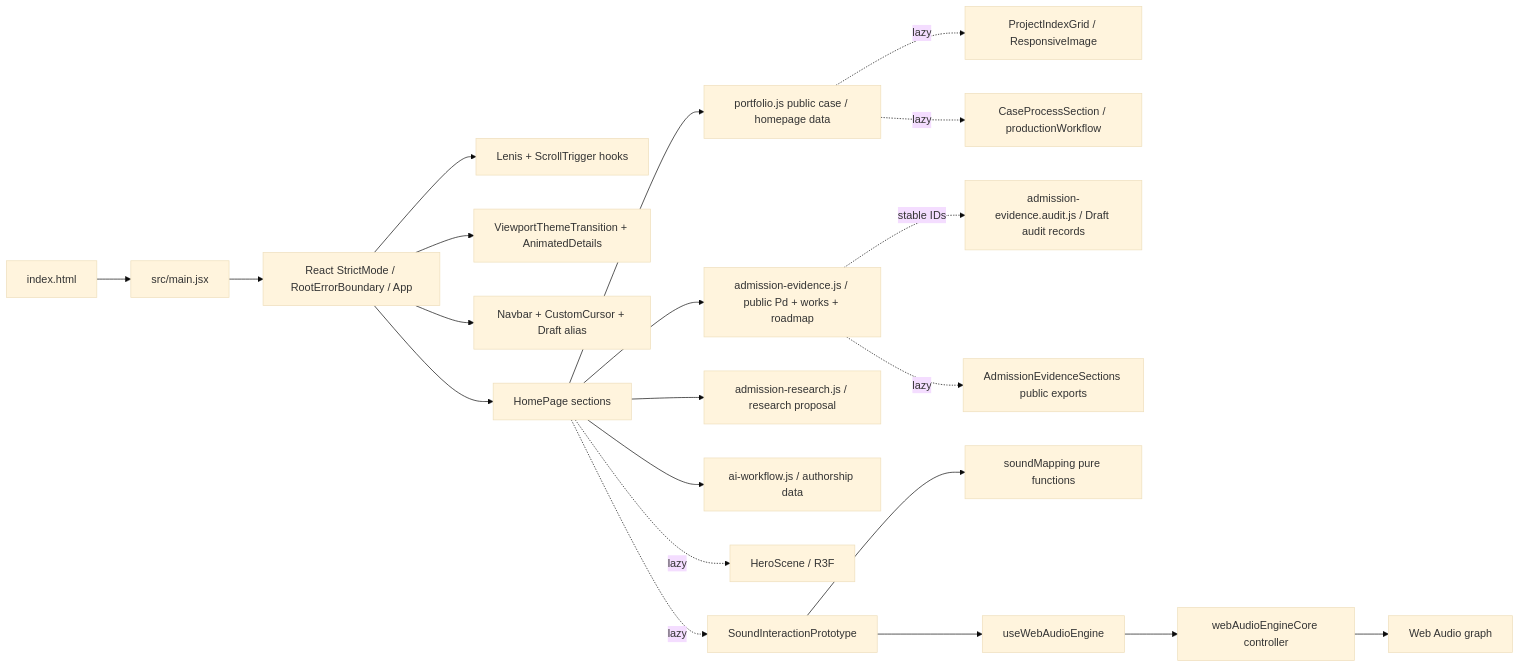
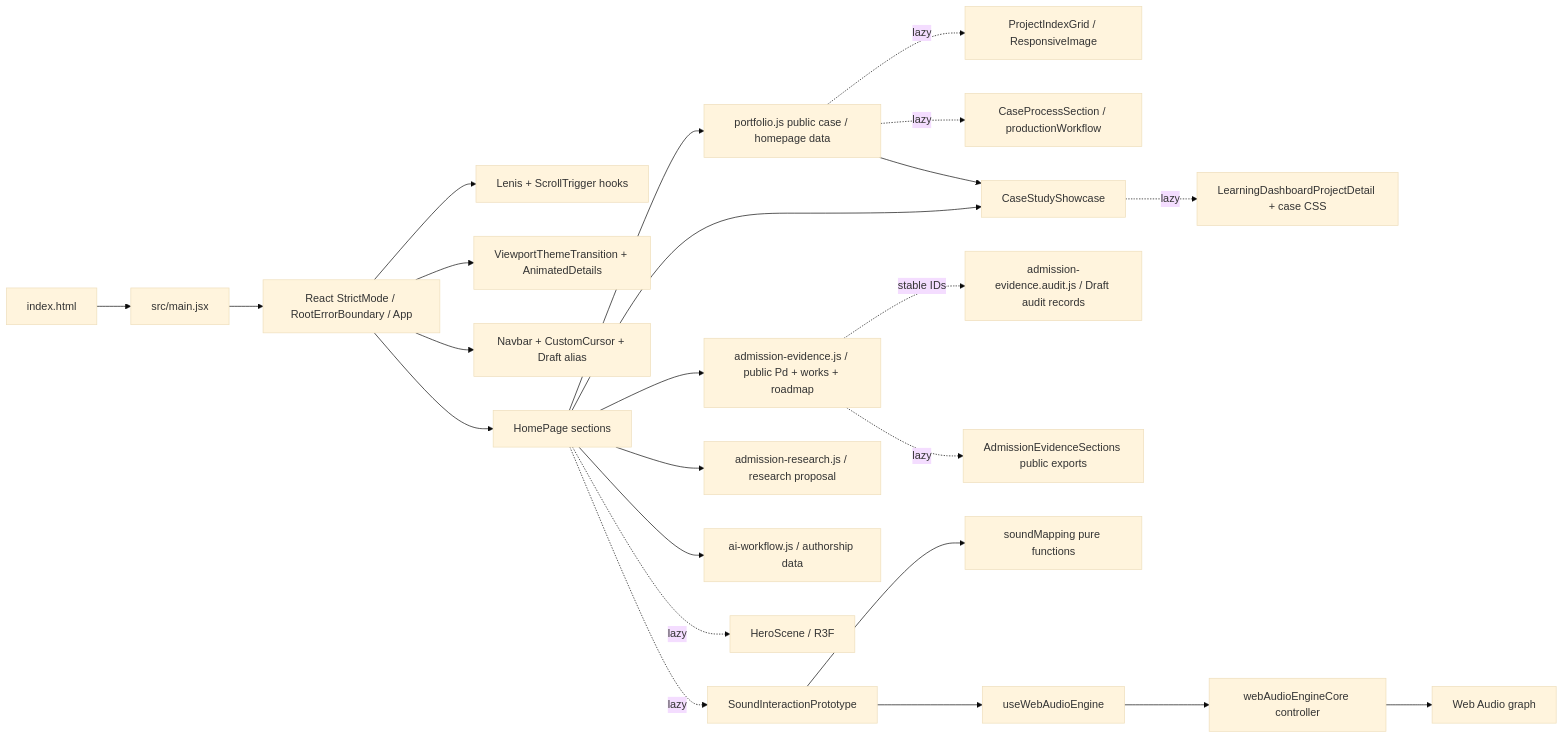
One commit to Ruyuang0509/ruyuang-portfolio changed the first of 2 diagrams in docs/website/TECHNICAL_ARCHITECTURE.md. Above: the diagram before and after it, drawn with Mermaid (base theme). The commit also changed other lines of this file and 12 other files, not shown here.

````diff
--- a/docs/website/TECHNICAL_ARCHITECTURE.md
+++ b/docs/website/TECHNICAL_ARCHITECTURE.md
@@ -87,23 +87,26 @@
 ```mermaid
 flowchart LR
   A["index.html"] --> B["src/main.jsx"]
   B --> C["React StrictMode / RootErrorBoundary / App"]
   C --> D["Lenis + ScrollTrigger hooks"]
   C --> N["ViewportThemeTransition + AnimatedDetails"]
   C --> E["Navbar + CustomCursor + Draft alias"]
   C --> F["HomePage sections"]
   F --> G["portfolio.js public case / homepage data"]
   G -. lazy .-> T["ProjectIndexGrid / ResponsiveImage"]
   G -. lazy .-> U["CaseProcessSection / productionWorkflow"]
+  F --> V["CaseStudyShowcase"]
+  G --> V
+  V -. lazy .-> W["LearningDashboardProjectDetail + case CSS"]
   F --> O["admission-evidence.js / public Pd + works + roadmap"]
   O -. stable IDs .-> S["admission-evidence.audit.js / Draft audit records"]
   F --> P["admission-research.js / research proposal"]
   F --> Q["ai-workflow.js / authorship data"]
   O -. lazy .-> R["AdmissionEvidenceSections public exports"]
   F -. lazy .-> H["HeroScene / R3F"]
   F -. lazy .-> I["SoundInteractionPrototype"]
   I --> J["soundMapping pure functions"]
   I --> K["useWebAudioEngine"]
   K --> L["webAudioEngineCore controller"]
   L --> M["Web Audio graph"]
 ```
````
